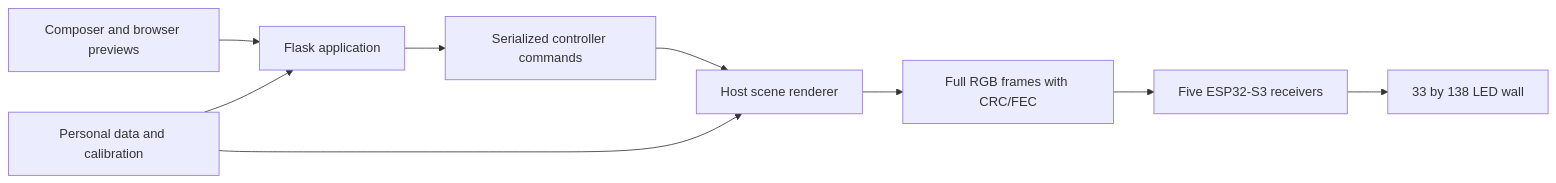
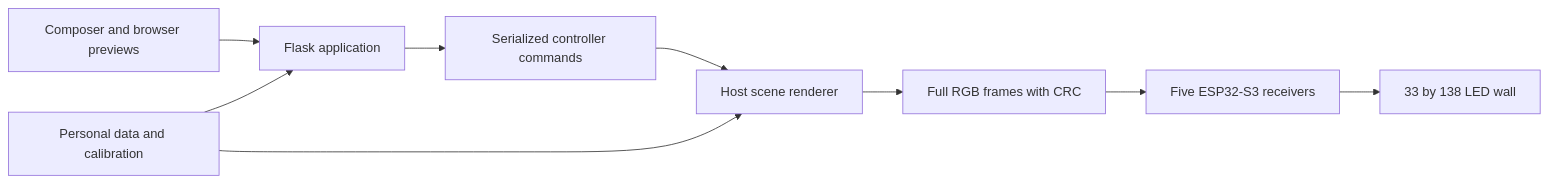
One commit to michaellee1019/ledgrid-poc changed the diagram in docs/ARCHITECTURE_DIAGRAM.md. Above: the diagram before and after it, drawn with Mermaid. The commit also changed 86 other files, not shown here.

````diff
--- a/docs/ARCHITECTURE_DIAGRAM.md
+++ b/docs/ARCHITECTURE_DIAGRAM.md
@@ -3,11 +3,11 @@
 ```mermaid
 flowchart LR
  Browser[Composer and browser previews] --> Web[Flask application]
  Web --> Commands[Serialized controller commands]
  Commands --> Pi[Host scene renderer]
- Pi --> SPI[Full RGB frames with CRC/FEC]
+ Pi --> SPI[Full RGB frames with CRC]
  SPI --> Receivers[Five ESP32-S3 receivers]
  Receivers --> Wall[33 by 138 LED wall]
  Data[Personal data and calibration] --> Web
  Data --> Pi
 ```
````
